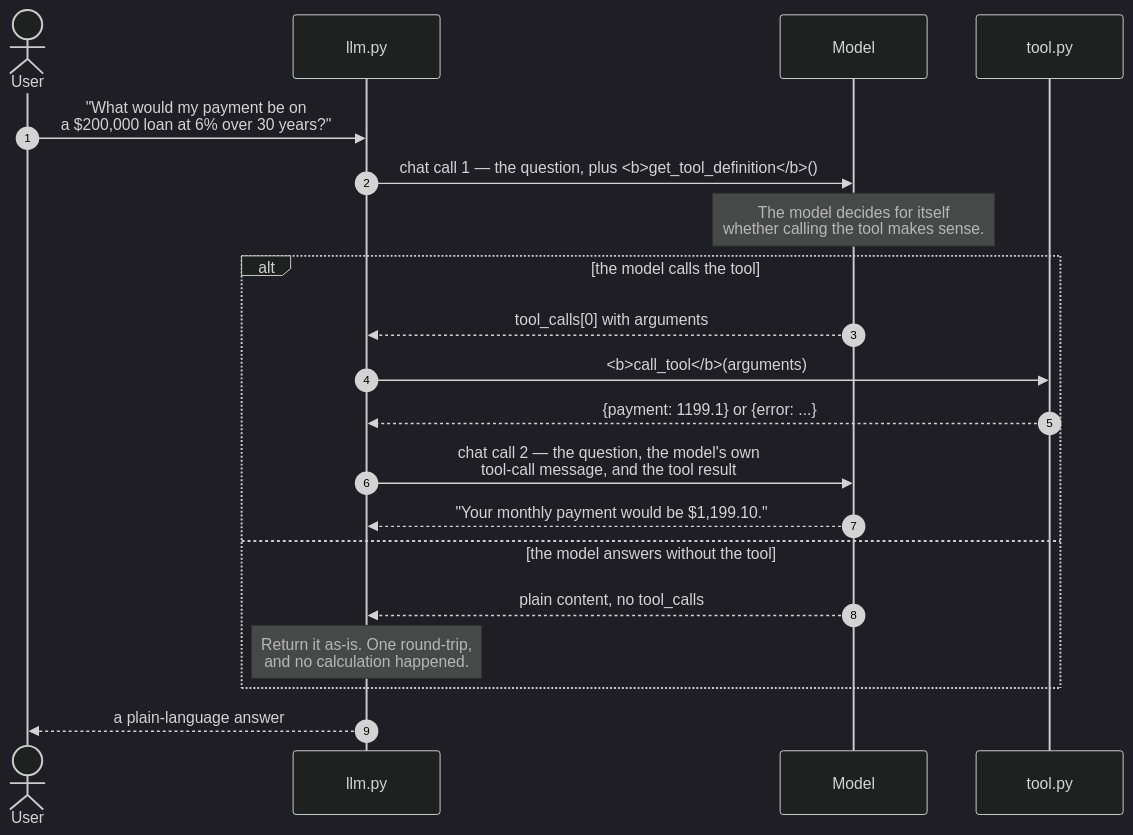
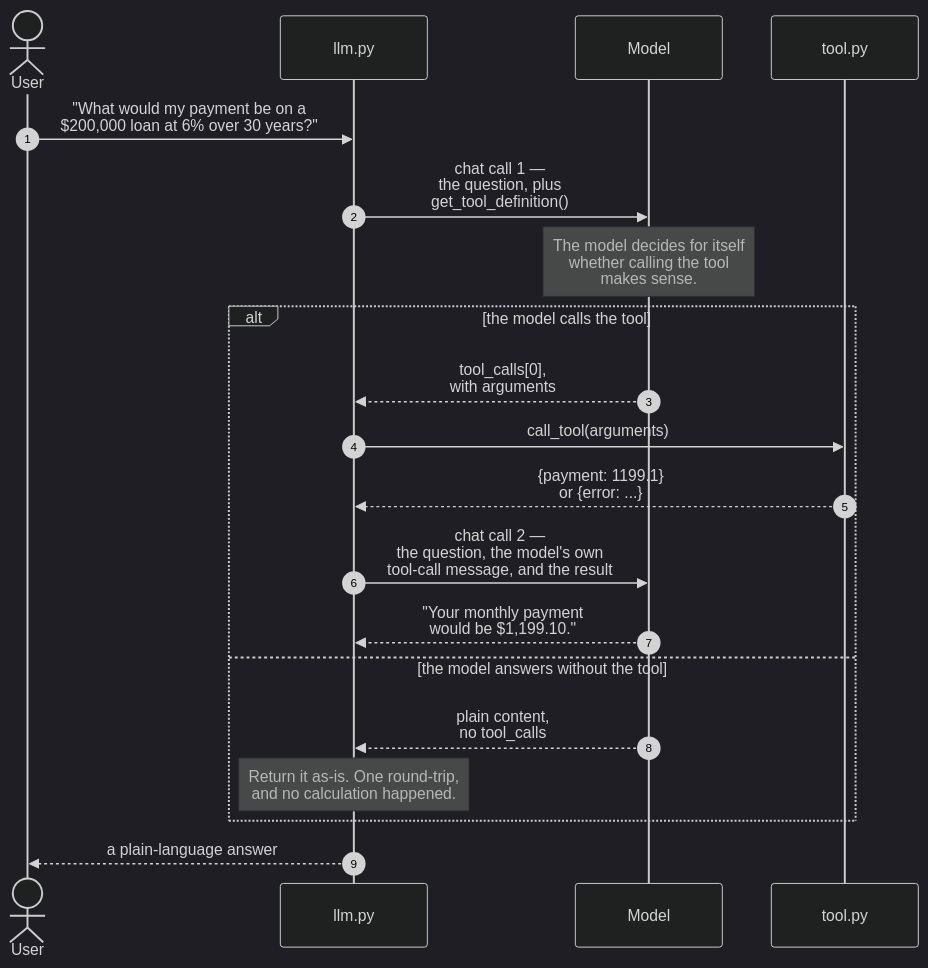
One commit to rioffe/intro_to_ai_software_engineering changed the second of 4 diagrams in manuscript/12-llm-interface.md. Above: the diagram before and after it, drawn with Mermaid (dark theme). The commit also changed 8 other files, not shown here.

````diff
--- a/manuscript/12-llm-interface.md
+++ b/manuscript/12-llm-interface.md
@@ -73,23 +73,23 @@
 ```mermaid
 sequenceDiagram
     autonumber
     actor User
     participant LLM as llm.py
     participant Model
     participant Tool as tool.py
 
-    User->>LLM: "What would my payment be on<br/>a $200,000 loan at 6% over 30 years?"
-    LLM->>Model: chat call 1 — the question, plus <b>get_tool_definition</b>()
-    Note over Model: The model decides for itself<br/>whether calling the tool makes sense.
+    User->>LLM: "What would my payment be on a<br/>$200,000 loan at 6% over 30 years?"
+    LLM->>Model: chat call 1 —<br/>the question, plus<br/>get_tool_definition()
+    Note over Model: The model decides for itself<br/>whether calling the tool<br/>makes sense.
     alt the model calls the tool
-        Model-->>LLM: tool_calls[0] with arguments
-        LLM->>Tool: <b>call_tool</b>(arguments)
-        Tool-->>LLM: {payment: 1199.1} or {error: ...}
-        LLM->>Model: chat call 2 — the question, the model's own<br/>tool-call message, and the tool result
-        Model-->>LLM: "Your monthly payment would be $1,199.10."
+        Model-->>LLM: tool_calls[0],<br/>with arguments
+        LLM->>Tool: call_tool(arguments)
+        Tool-->>LLM: {payment: 1199.1}<br/>or {error: ...}
+        LLM->>Model: chat call 2 —<br/>the question, the model's own<br/>tool-call message, and the result
+        Model-->>LLM: "Your monthly payment<br/>would be $1,199.10."
     else the model answers without the tool
-        Model-->>LLM: plain content, no tool_calls
+        Model-->>LLM: plain content,<br/>no tool_calls
         Note over LLM: Return it as-is. One round-trip,<br/>and no calculation happened.
     end
     LLM-->>User: a plain-language answer
 ```
````
